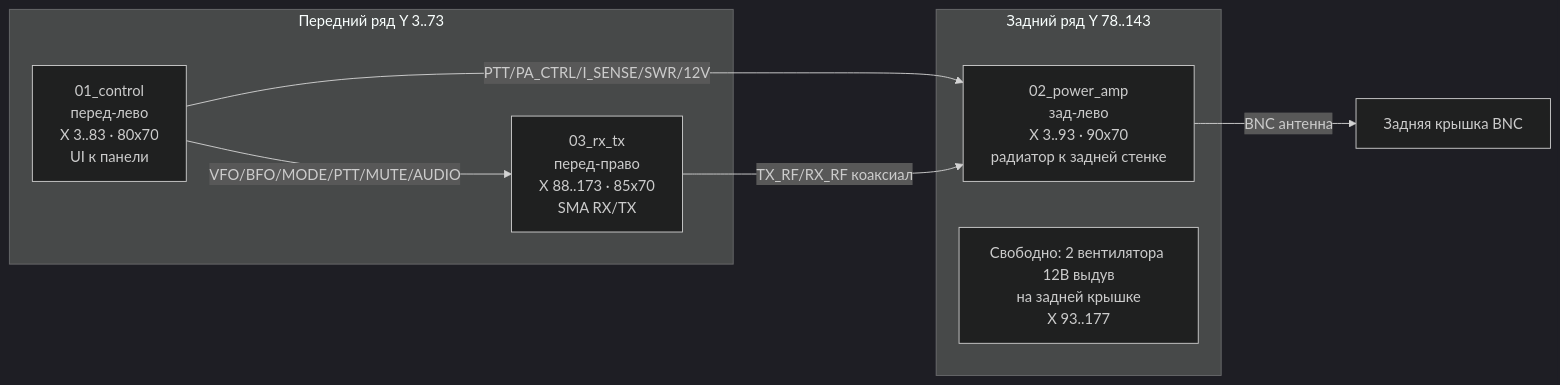
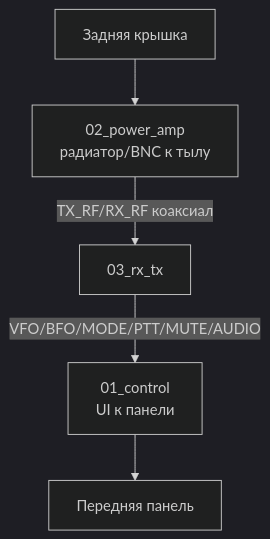
Before and after one commit to okunevpy-create/TRX_27MHz: the diagram in docs/pcb_placement_plan.md, drawn with Mermaid (dark theme). The commit also changed other lines of this file and 5 other files, not shown here.

````diff
--- a/docs/pcb_placement_plan.md
+++ b/docs/pcb_placement_plan.md
@@ -77,15 +80,7 @@
 ```mermaid
-flowchart LR
-    subgraph F[Передний ряд Y 3..73]
-        C[01_control<br/>перед-лево<br/>X 3..83 · 80x70<br/>UI к панели]
-        R[03_rx_tx<br/>перед-право<br/>X 88..173 · 85x70<br/>SMA RX/TX]
-    end
-    subgraph B[Задний ряд Y 78..143]
-        P[02_power_amp<br/>зад-лево<br/>X 3..93 · 90x70<br/>радиатор к задней стенке]
-        V[Свободно: 2 вентилятора 12В выдув<br/>на задней крышке<br/>X 93..177]
-    end
-    C -->|VFO/BFO/MODE/PTT/MUTE/AUDIO| R
-    C -->|PTT/PA_CTRL/I_SENSE/SWR/12V| P
-    R -->|TX_RF/RX_RF коаксиал| P
-    P -->|BNC антенна| BNC[Задняя крышка BNC]
+flowchart TB
+    BACK[Задняя крышка] --> P[02_power_amp<br/>радиатор/BNC к тылу]
+    P -->|TX_RF/RX_RF коаксиал| R[03_rx_tx]
+    R -->|VFO/BFO/MODE/PTT/MUTE/AUDIO| C[01_control<br/>UI к панели]
+    C --> FRONT[Передняя панель]
 ```
````
